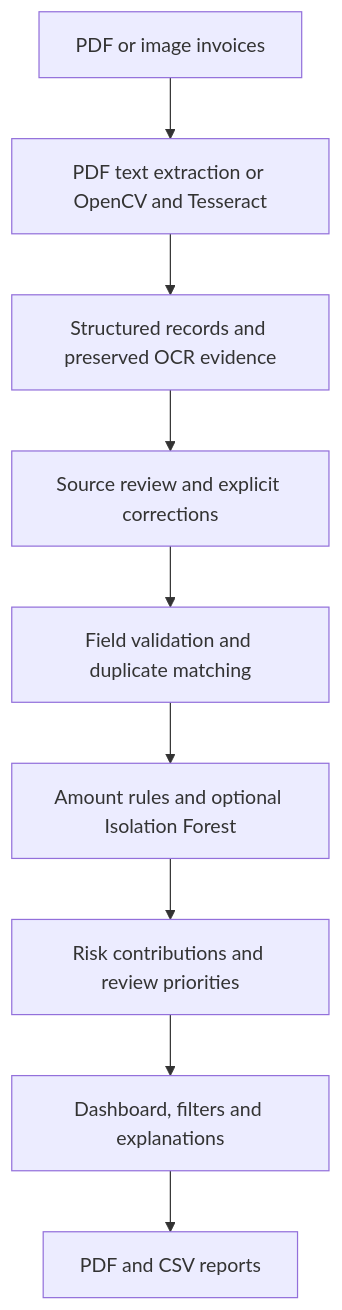
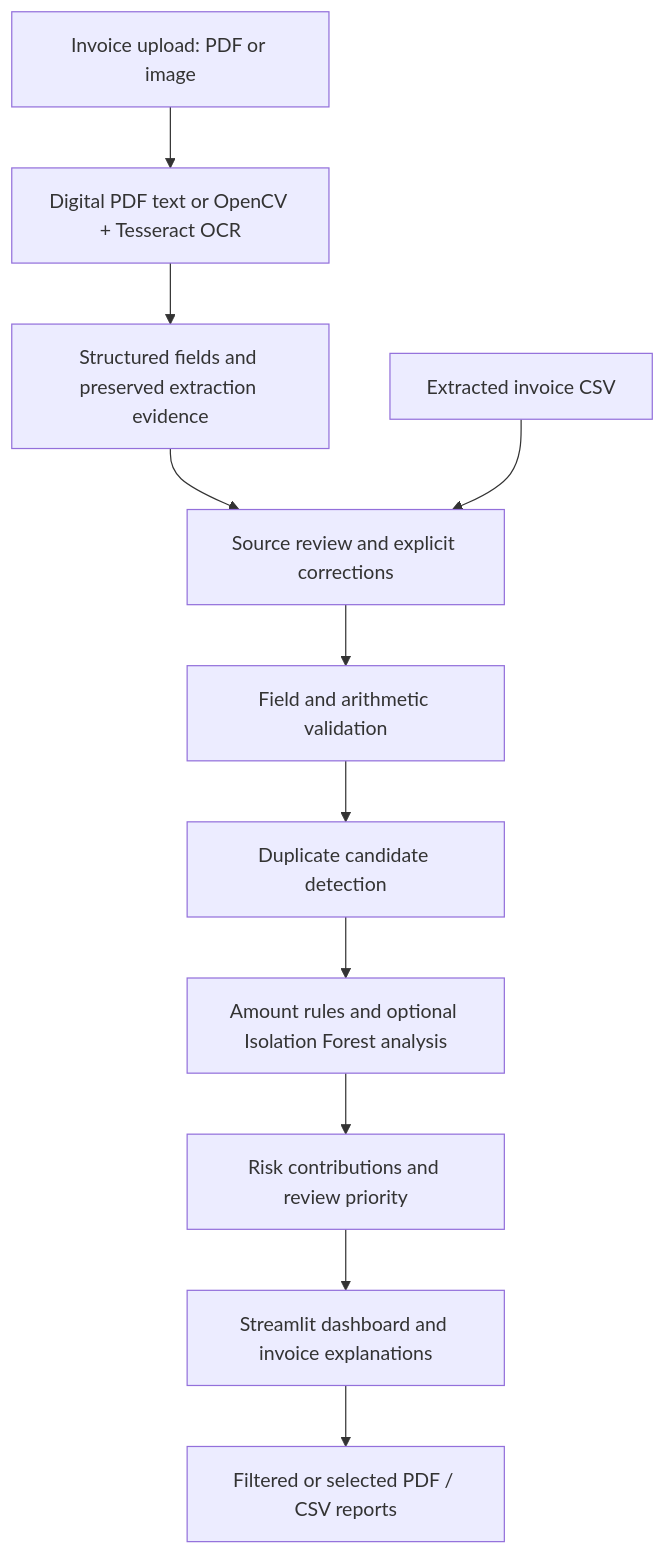
One commit to Akashshinde84/Automated-Invoice-Processing-and-Anomaly-Detection changed the diagram in README.md. Above: the diagram before and after it, drawn with Mermaid. The commit also changed other lines of this file, not shown here.

````diff
--- a/README.md
+++ b/README.md
@@ -42,11 +73,13 @@
 ```mermaid
 flowchart TD
-    A[PDF or image invoices] --> B[PDF text extraction or OpenCV and Tesseract]
-    B --> C[Structured records and preserved OCR evidence]
-    C --> D[Source review and explicit corrections]
-    D --> E[Field validation and duplicate matching]
-    E --> F[Amount rules and optional Isolation Forest]
-    F --> G[Risk contributions and review priorities]
-    G --> H[Dashboard, filters and explanations]
-    H --> I[PDF and CSV reports]
+    A["Invoice upload: PDF or image"] --> B["Digital PDF text or OpenCV + Tesseract OCR"]
+    B --> C["Structured fields and preserved extraction evidence"]
+    C --> D["Source review and explicit corrections"]
+    D --> E["Field and arithmetic validation"]
+    E --> F["Duplicate candidate detection"]
+    F --> G["Amount rules and optional Isolation Forest analysis"]
+    G --> H["Risk contributions and review priority"]
+    H --> I["Streamlit dashboard and invoice explanations"]
+    I --> J["Filtered or selected PDF / CSV reports"]
+    K["Extracted invoice CSV"] --> D
 ```
````
